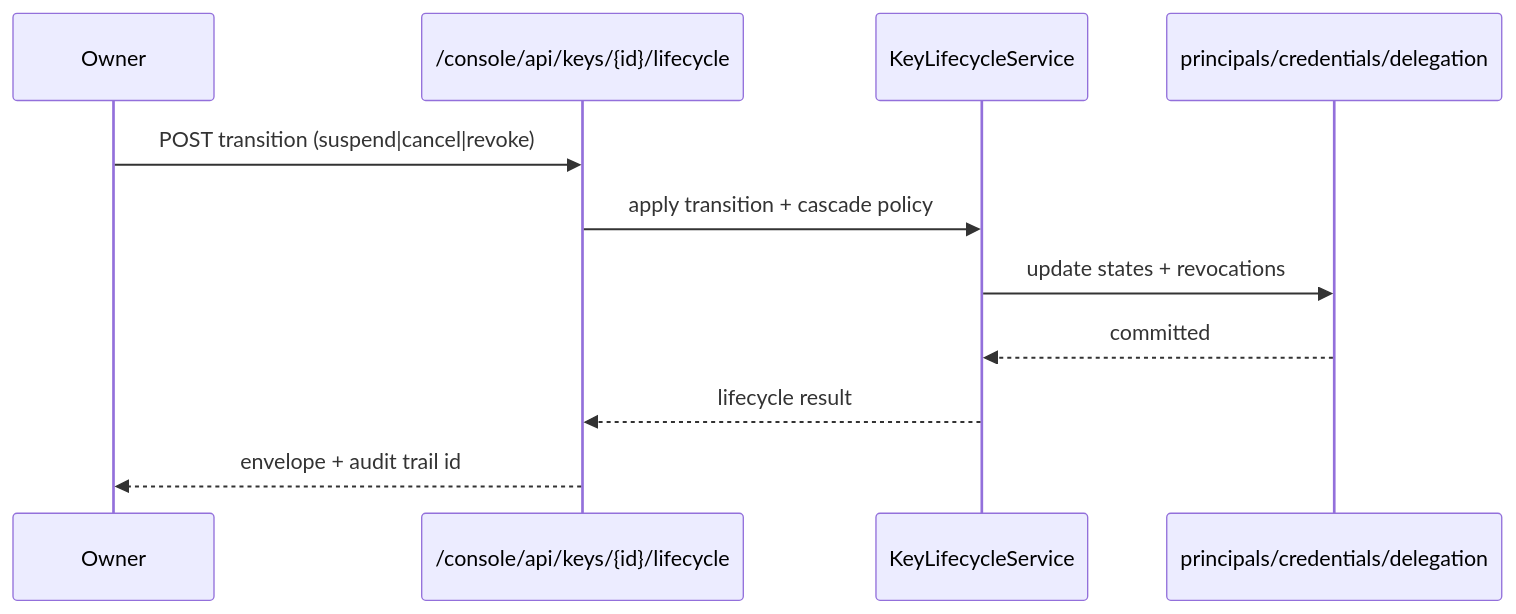
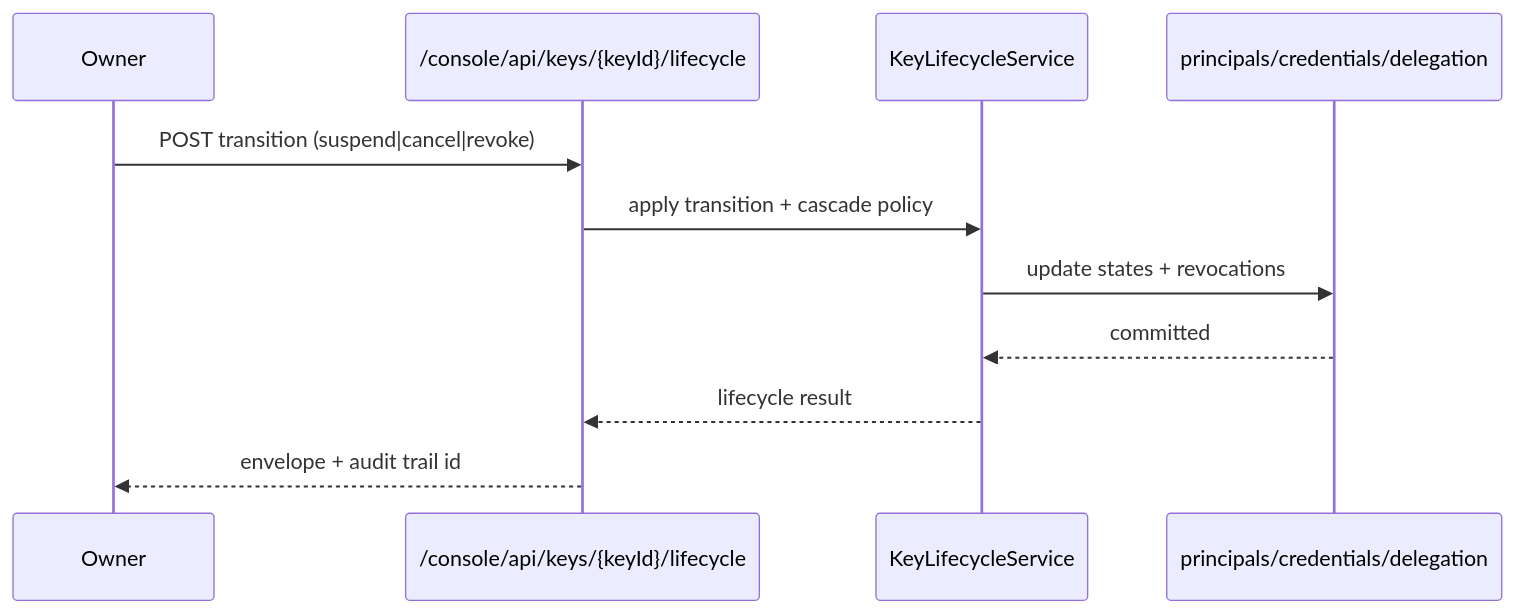
Before and after one commit to accurotechadmin/CRE8pw: the fifth of 5 diagrams in docs/SSOT/Architecture_Diagrams.md, drawn with Mermaid. The commit also changed 5 other files, not shown here.

````diff
--- a/docs/SSOT/Architecture_Diagrams.md
+++ b/docs/SSOT/Architecture_Diagrams.md
@@ -66,13 +66,13 @@
 ```mermaid
 sequenceDiagram
   participant O as Owner
-  participant API as /console/api/keys/{id}/lifecycle
+  participant API as /console/api/keys/{keyId}/lifecycle
   participant K as KeyLifecycleService
   participant D as principals/credentials/delegation
   O->>API: POST transition (suspend|cancel|revoke)
   API->>K: apply transition + cascade policy
   K->>D: update states + revocations
   D-->>K: committed
   K-->>API: lifecycle result
   API-->>O: envelope + audit trail id
 ```
````
